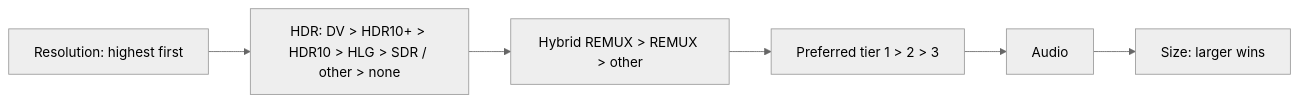
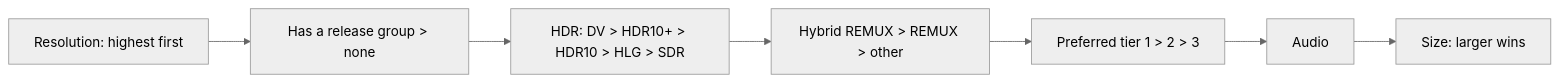
One commit to Appz4Fun/NeNeTeePee-Stream-Kodi changed the second of 2 diagrams in docs-site/how-it-works/search-pipeline.md. Above: the diagram before and after it, drawn with Mermaid (neutral theme). The commit also changed other lines of this file and 19 other files, not shown here.

````diff
--- a/docs-site/how-it-works/search-pipeline.md
+++ b/docs-site/how-it-works/search-pipeline.md
@@ -105,9 +105,10 @@
 ```mermaid
 flowchart LR
     A[Resolution: highest first]
-    A --> B[HDR: DV > HDR10+ > HDR10 > HLG > SDR / other > none]
+    A --> G[Has a release group > none]
+    G --> B[HDR: DV > HDR10+ > HDR10 > HLG > SDR]
     B --> R[Hybrid REMUX > REMUX > other]
     R --> C[Preferred tier 1 > 2 > 3]
     C --> D[Audio]
     D --> E[Size: larger wins]
 ```
````
